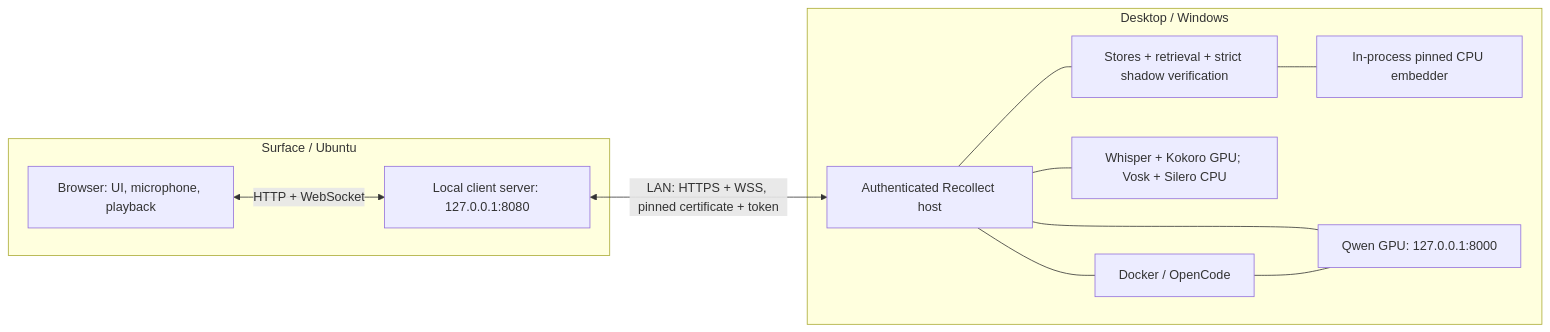
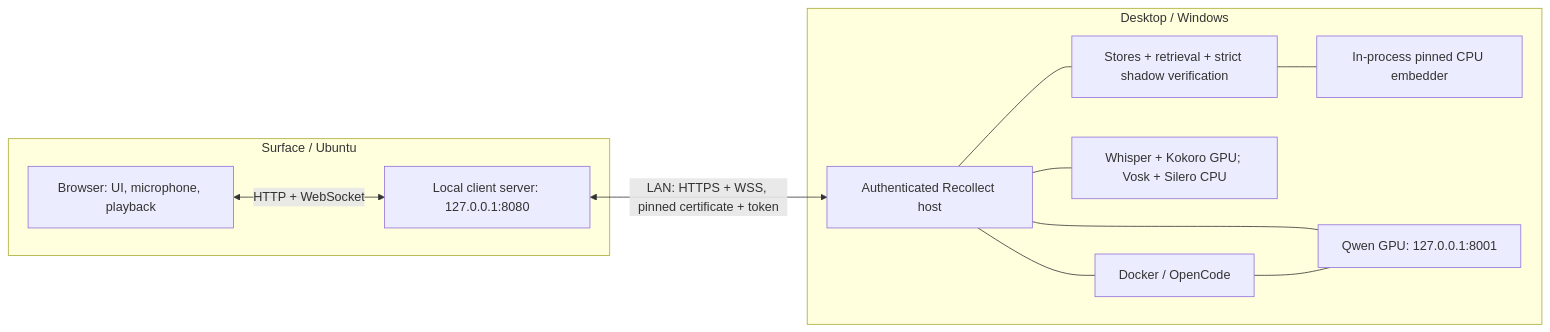
The diagram in docs/DEPLOYMENT.md (IdrisAppliedAIResearch/recollect), drawn with Mermaid before and after one commit. The commit also changed other lines of this file and 58 other files, not shown here.

````diff
--- a/docs/DEPLOYMENT.md
+++ b/docs/DEPLOYMENT.md
@@ -21,23 +21,23 @@
 ```mermaid
 flowchart LR
     subgraph Surface[Surface / Ubuntu]
         UI[Browser: UI, microphone, playback]
         Proxy[Local client server: 127.0.0.1:8080]
         UI <-->|HTTP + WebSocket| Proxy
     end
     subgraph Desktop[Desktop / Windows]
         API[Authenticated Recollect host]
         Memory[Stores + retrieval + strict shadow verification]
         Embed[In-process pinned CPU embedder]
         Voice[Whisper + Kokoro GPU; Vosk + Silero CPU]
-        Qwen[Qwen GPU: 127.0.0.1:8000]
+        Qwen[Qwen GPU: 127.0.0.1:8001]
         Research[Docker / OpenCode]
         API --- Memory
         Memory --- Embed
         API --- Voice
         API --- Qwen
         API --- Research
         Research --- Qwen
     end
     Proxy <-->|LAN: HTTPS + WSS, pinned certificate + token| API
 ```
````
